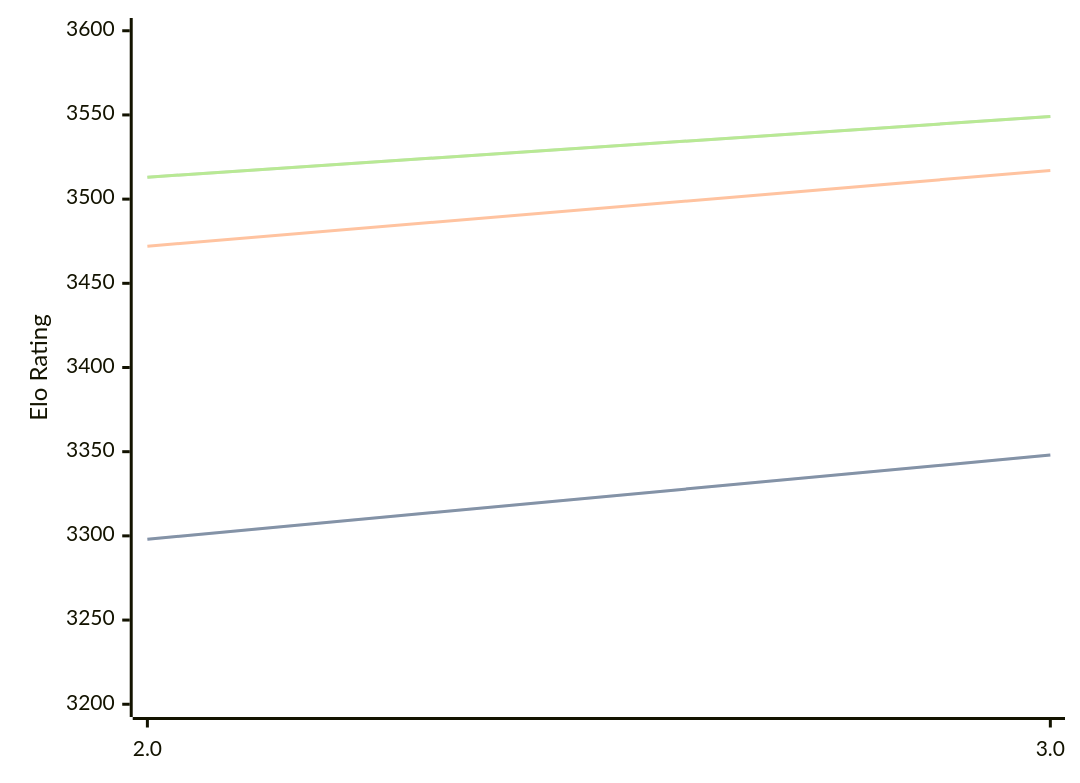
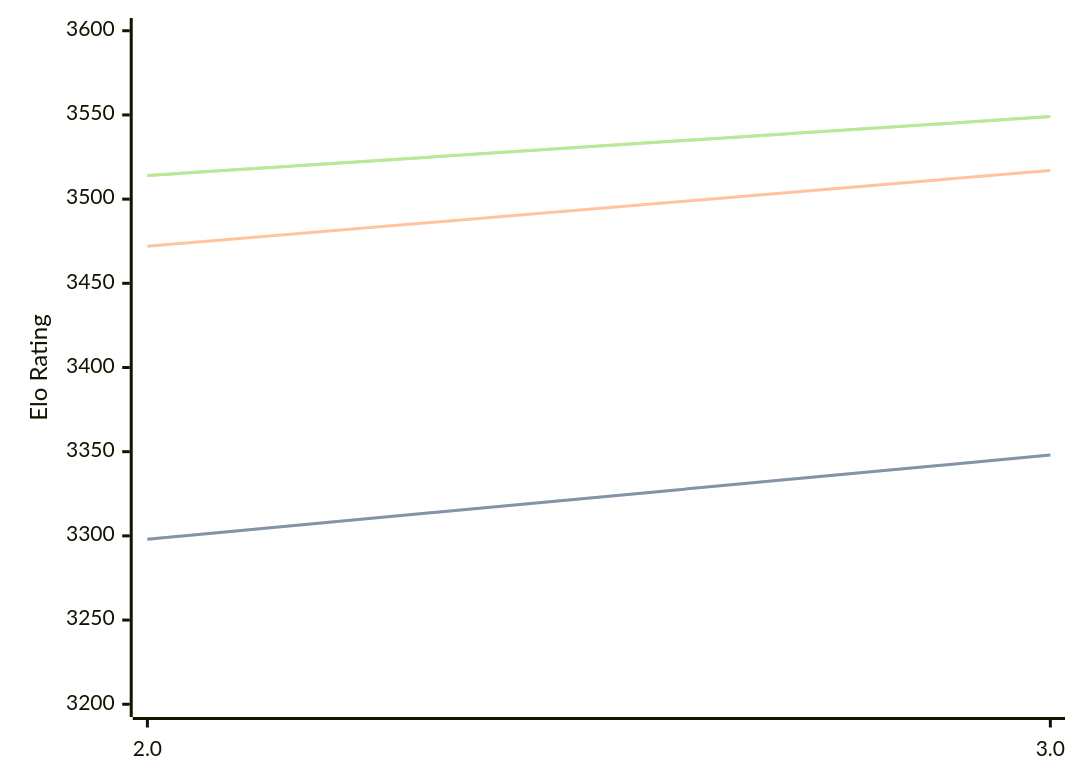
One commit to computer-chess-index/cci changed the diagram in engines/Quanticade.md. Above: the diagram before and after it, drawn with Mermaid. The commit also changed other lines of this file, not shown here.

Commit message:
Update CCI Ratings (ELO VLTC) - 2026-08-31

````diff
--- a/engines/Quanticade.md
+++ b/engines/Quanticade.md
@@ -32,11 +32,11 @@
 ```mermaid
 %%{init: {"theme":"base","themeVariables":{"seriesColors:['#a3a3a3','#222221','#faa371']}}}%%
 xychart-beta
   x-axis ["2.0", "3.0"]
   y-axis "Elo Rating" 3200 --> 3600
   line "" [3298, 3348]
   line "STC (8.0+0.08s)" [3298, 3348]
   line "LTC (60.0+0.60s)" [3472, 3517]
-  line "" [3513, 3549]
-  line "VLTC (2m24s+1.12s)" [3513, 3549]
+  line "" [3514, 3549]
+  line "VLTC (2m24s+1.12s)" [3514, 3549]
 ```
````
